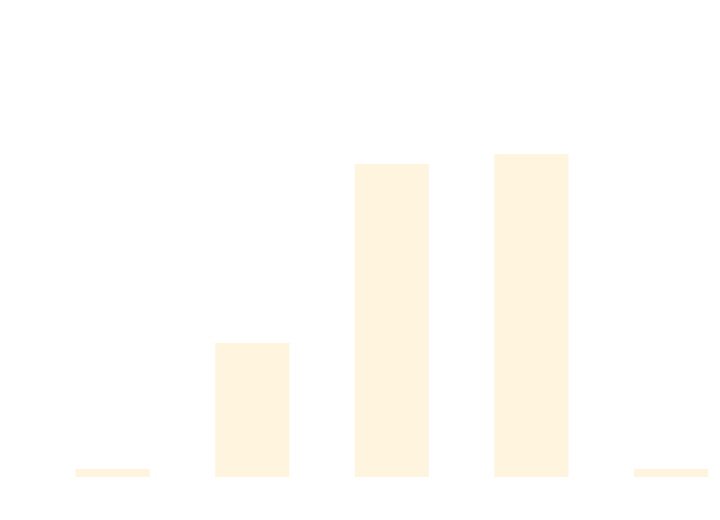
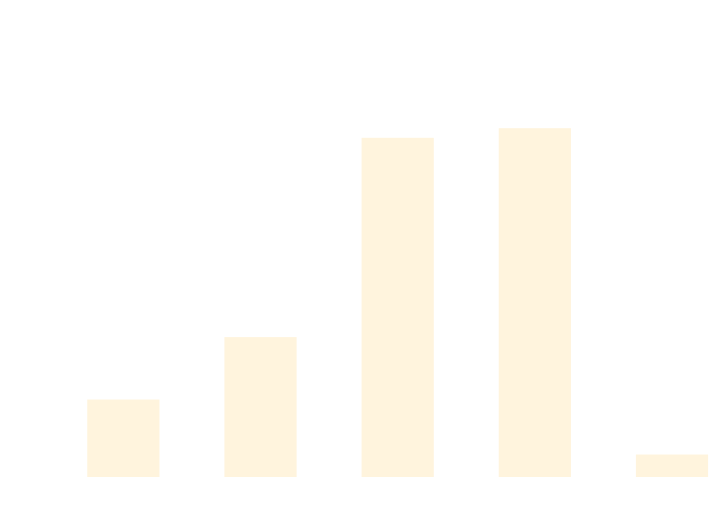
The diagram in docs/docs/benchmarks/MassiveParallelTests.md (thomhurst/TUnit), drawn with Mermaid before and after one commit. The commit also changed other lines of this file and 16 other files, not shown here.

````diff
--- a/docs/docs/benchmarks/MassiveParallelTests.md
+++ b/docs/docs/benchmarks/MassiveParallelTests.md
@@ -27,37 +27,37 @@
 ```mermaid
 %%{init: {
   'theme':'base',
   'themeVariables': {
     'primaryColor': '#2563eb',
     'primaryTextColor': '#ffffff',
     'primaryBorderColor': '#1e40af',
     'lineColor': '#6b7280',
     'secondaryColor': '#7c3aed',
     'tertiaryColor': '#dc2626',
     'background': '#ffffff',
     'mainBkg': '#2563eb',
     'secondBkg': '#7c3aed',
     'tertiaryBkg': '#dc2626',
     'clusterBkg': '#f3f4f6',
     'edgeLabelBackground': '#ffffff',
     'tertiaryTextColor': '#1f2937',
     'pie1': '#2563eb',
     'pie2': '#7c3aed',
     'pie3': '#dc2626',
     'pie4': '#f59e0b',
     'pie5': '#10b981',
     'pie6': '#06b6d4',
     'pie7': '#ec4899',
     'pie8': '#6366f1',
     'pie9': '#84cc16',
     'pie10': '#f97316',
     'pie11': '#14b8a6',
     'pie12': '#a855f7'
   }
 }}%%
 xychart-beta
   title "MassiveParallelTests Performance Comparison"
   x-axis ["TUnit", "NUnit", "MSTest", "xUnit3", "TUnit_AOT"]
-  y-axis "Time (ms)" 0 --> 4
-  bar [0, 1.233, 2.982, 3.079, 0]
+  y-axis "Time (ms)" 0 --> 3617
+  bar [614.3, 1166.5, 2929, 3014, 128]
 ```
````
